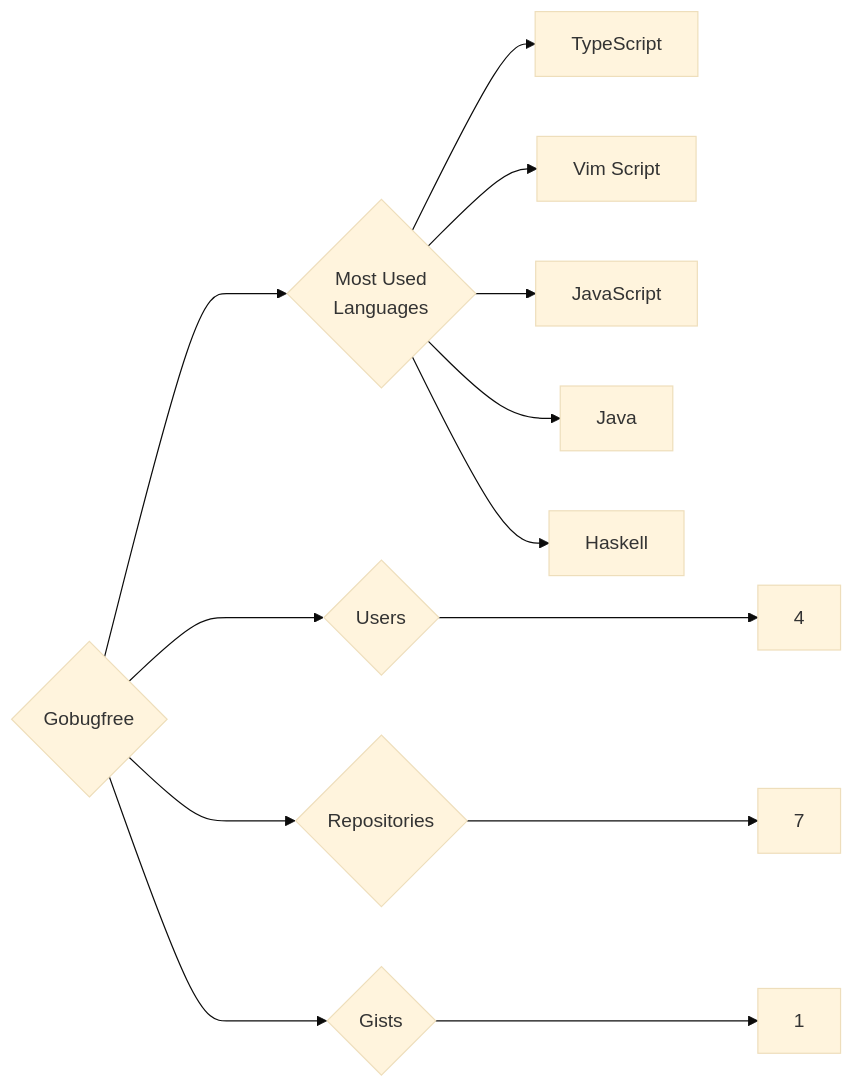
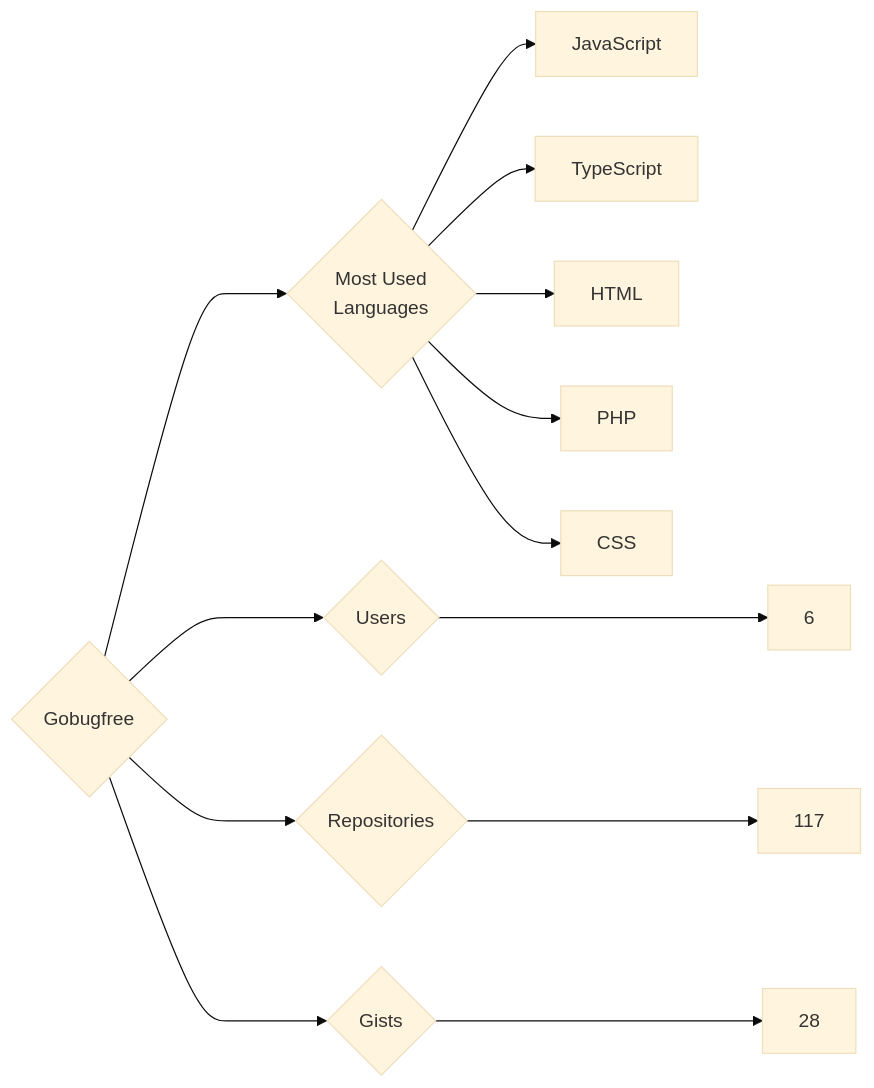
One commit to trickest/insiders changed the diagram in targets/Gobugfree/README.md. Above: the diagram before and after it, drawn with Mermaid (base theme). The commit also changed 724 other files, not shown here.

````diff
--- a/targets/Gobugfree/README.md
+++ b/targets/Gobugfree/README.md
@@ -3,13 +3,13 @@
 ```mermaid
 graph LR
 COMPANY_NAME{Gobugfree}
-COMPANY_NAME ---> U{Users} ---> UN[4]
-COMPANY_NAME ---> R{Repositories} ---> RN[7]
-COMPANY_NAME ---> G{Gists} ---> GN[1]
+COMPANY_NAME ---> U{Users} ---> UN[6]
+COMPANY_NAME ---> R{Repositories} ---> RN[117]
+COMPANY_NAME ---> G{Gists} ---> GN[28]
 COMPANY_NAME ---> ML{Most Used<br>Languages}
+ML --> JavaScript[JavaScript]
 ML --> TypeScript[TypeScript]
-ML --> Vim_Script[Vim Script]
-ML --> JavaScript[JavaScript]
-ML --> Java[Java]
-ML --> Haskell[Haskell]
+ML --> HTML[HTML]
+ML --> PHP[PHP]
+ML --> CSS[CSS]
 ```
````
